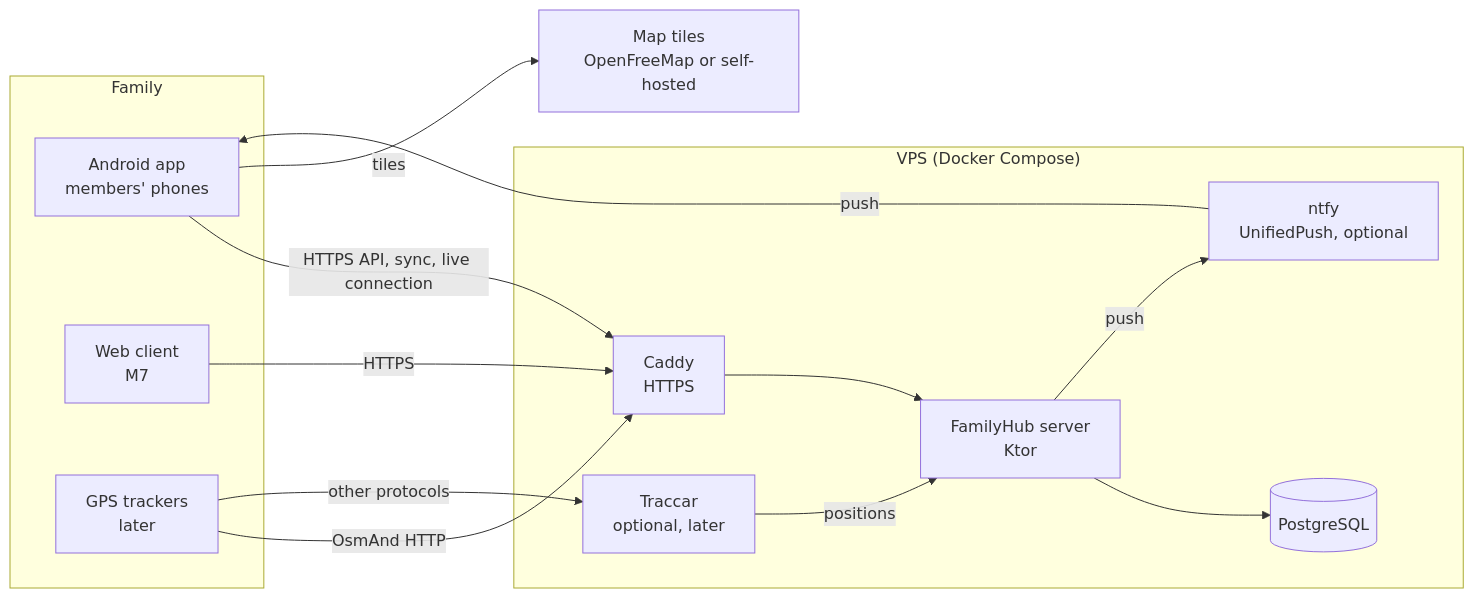
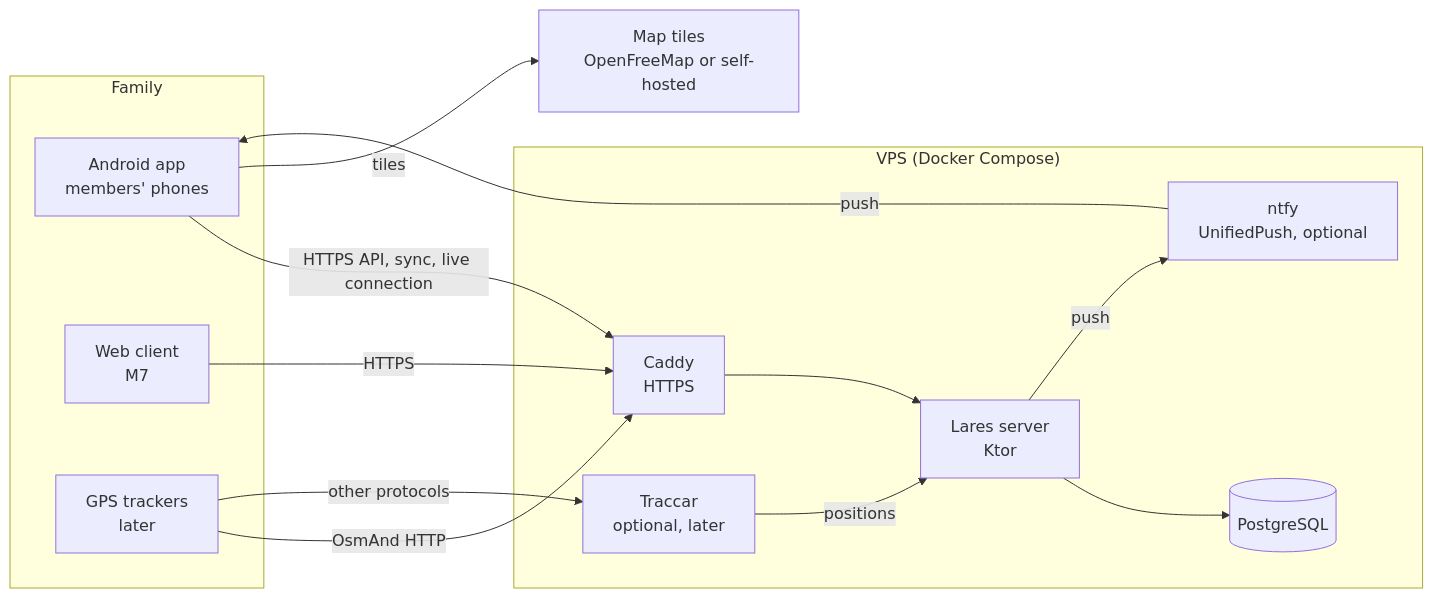
The diagram in docs/architecture/overview.md (hiraise/Lares), drawn with Mermaid before and after one commit. The commit also changed other lines of this file and 593 other files, not shown here.

First line of the commit message:
chore: rename project FamilyHub to Lares (Q-001)

````diff
--- a/docs/architecture/overview.md
+++ b/docs/architecture/overview.md
@@ -12,27 +12,27 @@
 ```mermaid
 flowchart LR
     subgraph Family
         A[Android app<br/>members' phones]
         W[Web client<br/>M7]
         T[GPS trackers<br/>later]
     end
     subgraph VPS["VPS (Docker Compose)"]
         C[Caddy<br/>HTTPS]
-        S[FamilyHub server<br/>Ktor]
+        S[Lares server<br/>Ktor]
         P[(PostgreSQL)]
         N[ntfy<br/>UnifiedPush, optional]
         TR[Traccar<br/>optional, later]
     end
     M[Map tiles<br/>OpenFreeMap or self-hosted]
 
     A -- HTTPS API, sync, live connection --> C
     W -- HTTPS --> C
     C --> S
     S --> P
     S -- push --> N
     N -- push --> A
     T -- OsmAnd HTTP --> C
     T -- other protocols --> TR
     TR -- positions --> S
     A -- tiles --> M
 ```
````
